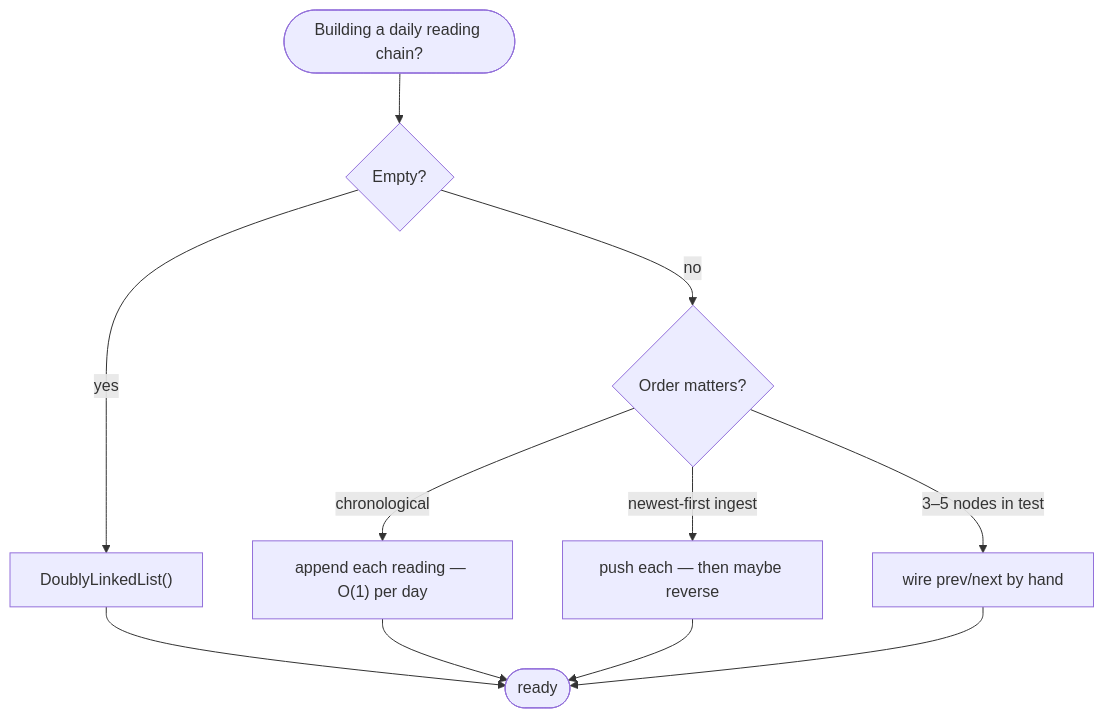
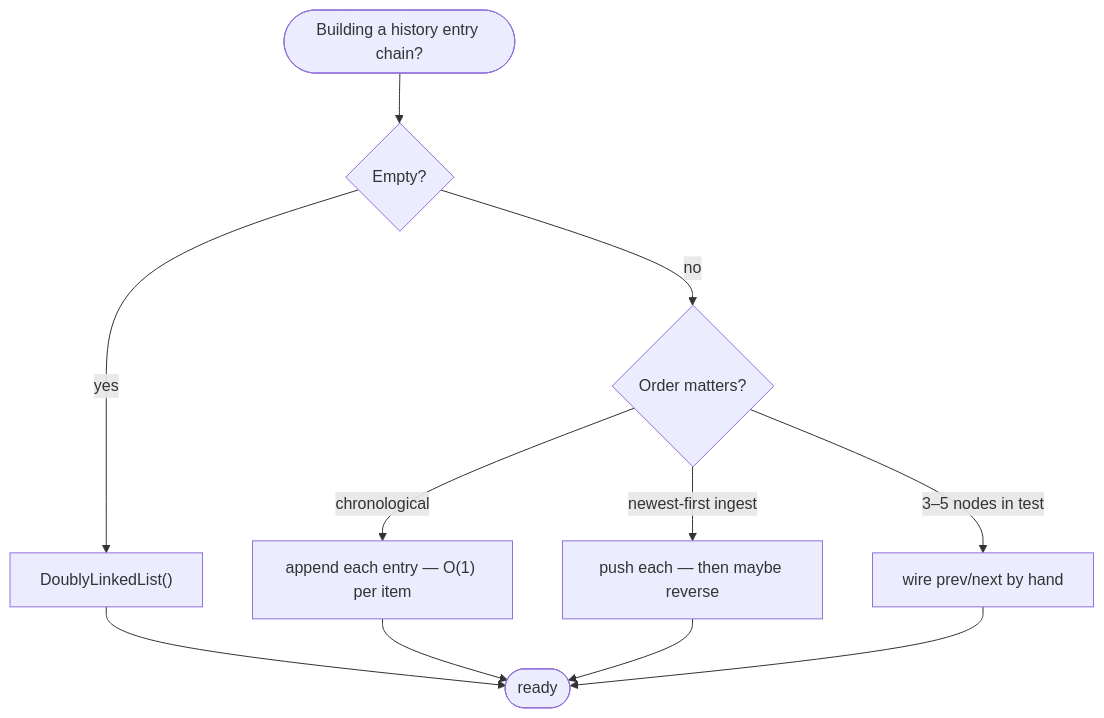
Before and after one commit to qgjones9/python-programming-guide: the fourth of 10 diagrams in docs/dsa/data-structures/doubly-linked-list/index.md, drawn with Mermaid. The commit also changed other lines of this file and 31 other files, not shown here.

````diff
--- a/docs/dsa/data-structures/doubly-linked-list/index.md
+++ b/docs/dsa/data-structures/doubly-linked-list/index.md
@@ -255,14 +255,14 @@
 ```mermaid
 flowchart TD
-  Start([Building a daily reading chain?])
+  Start([Building a history entry chain?])
   Start --> Empty{Empty?}
   Empty -->|yes| E["DoublyLinkedList()"]
   Empty -->|no| Order{Order matters?}
-  Order -->|chronological| Tail["append each reading — O(1) per day"]
+  Order -->|chronological| Tail["append each entry — O(1) per item"]
   Order -->|newest-first ingest| Head["push each — then maybe reverse"]
   Order -->|3–5 nodes in test| Manual["wire prev/next by hand"]
   E --> Done([ready])
   Tail --> Done
   Head --> Done
   Manual --> Done
 ```
````
